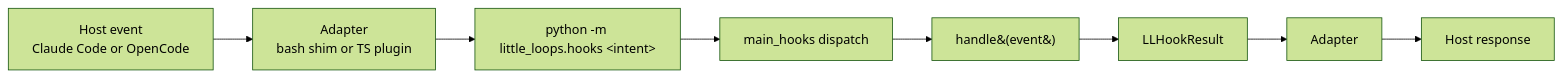
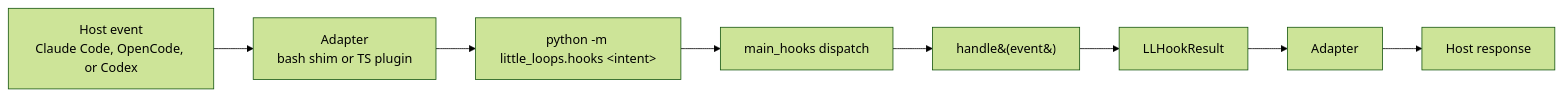
The diagram in docs/claude-code/automate-workflows-with-hooks.md (BrennonTWilliams/little-loops), drawn with Mermaid (forest theme) before and after one commit. The commit also changed other lines of this file and 11 other files, not shown here.

````diff
--- a/docs/claude-code/automate-workflows-with-hooks.md
+++ b/docs/claude-code/automate-workflows-with-hooks.md
@@ -633,10 +633,10 @@
 ```mermaid
 flowchart LR
-    HOST[Host event<br/>Claude Code or OpenCode] --> ADAPTER[Adapter<br/>bash shim or TS plugin]
+    HOST[Host event<br/>Claude Code, OpenCode, or Codex] --> ADAPTER[Adapter<br/>bash shim or TS plugin]
     ADAPTER --> SUBPROC[python -m little_loops.hooks &lt;intent&gt;]
     SUBPROC --> MAIN[main_hooks dispatch]
     MAIN --> HANDLER[handle&#40;event&#41;]
     HANDLER --> RESULT[LLHookResult]
     RESULT --> ADAPTERBACK[Adapter]
     ADAPTERBACK --> HOSTBACK[Host response]
 ```
````
